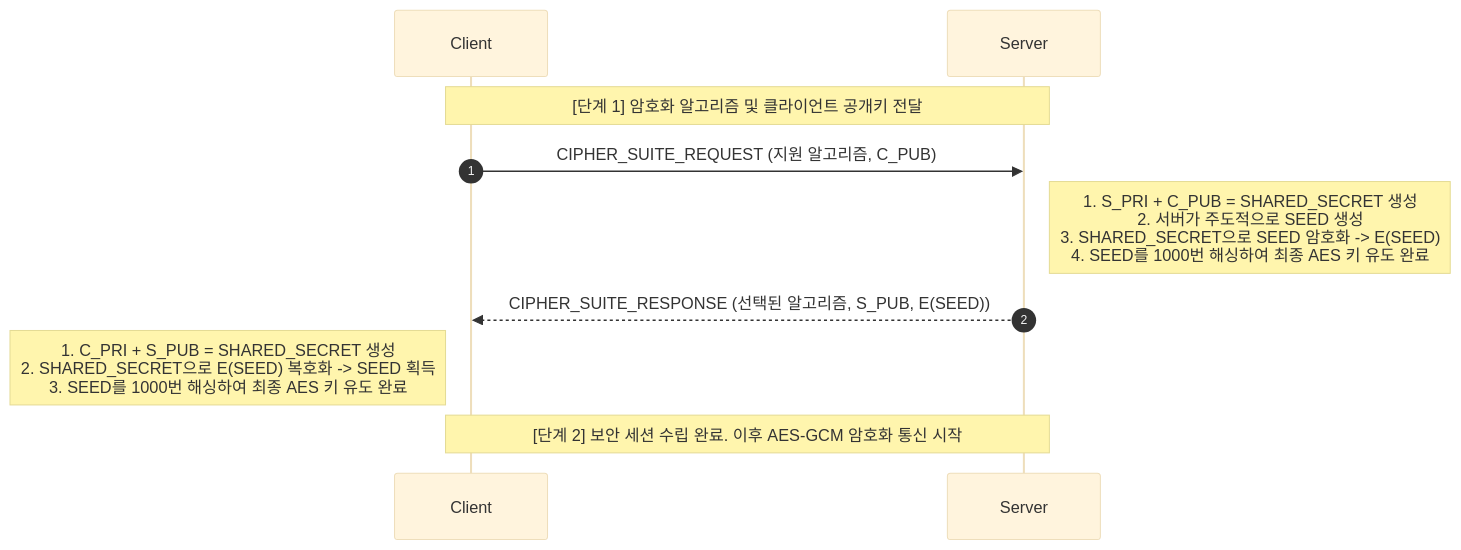
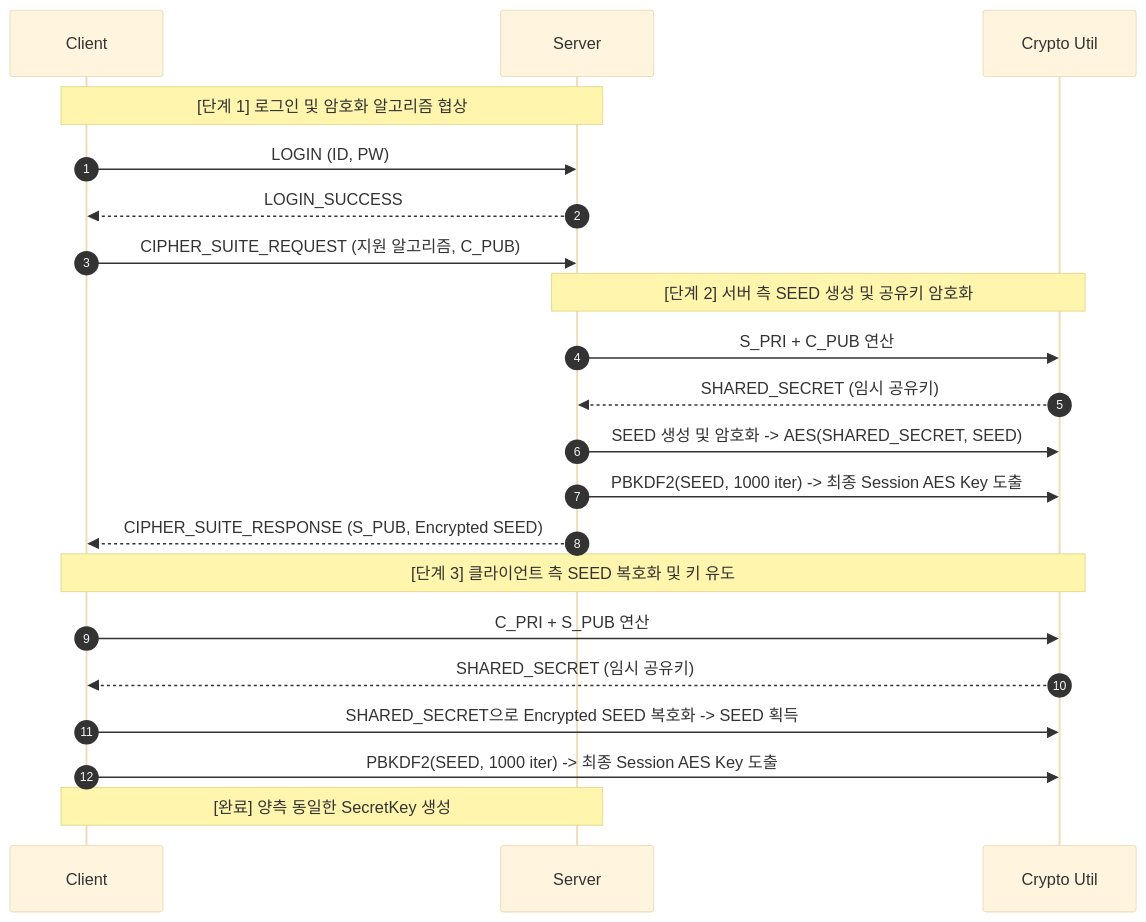
The fourth of 7 diagrams in README.md (SanghyeokLee-KR/polytalk), drawn with Mermaid (base theme) before and after one commit. The commit also changed other lines of this file, not shown here.

````diff
--- a/README.md
+++ b/README.md
@@ -157,17 +262,28 @@
 ```mermaid
 sequenceDiagram
     autonumber
     participant C as Client
     participant S as Server
+    participant K as Crypto Util
 
-    Note over C, S: [단계 1] 암호화 알고리즘 및 클라이언트 공개키 전달
+    Note over C, S: [단계 1] 로그인 및 암호화 알고리즘 협상
+    C->>S: LOGIN (ID, PW)
+    S-->>C: LOGIN_SUCCESS
     C->>S: CIPHER_SUITE_REQUEST (지원 알고리즘, C_PUB)
 
-    Note right of S: 1. S_PRI + C_PUB = SHARED_SECRET 생성<br/>2. 서버가 주도적으로 SEED 생성<br/>3. SHARED_SECRET으로 SEED 암호화 -> E(SEED)<br/>4. SEED를 1000번 해싱하여 최종 AES 키 유도 완료
+    Note over S, K: [단계 2] 서버 측 SEED 생성 및 공유키 암호화
+    S->>K: S_PRI + C_PUB 연산
+    K-->>S: SHARED_SECRET (임시 공유키)
+    S->>K: SEED 생성 및 암호화 -> AES(SHARED_SECRET, SEED)
+    S->>K: PBKDF2(SEED, 1000 iter) -> 최종 Session AES Key 도출
 
-    S-->>C: CIPHER_SUITE_RESPONSE (선택된 알고리즘, S_PUB, E(SEED))
+    S-->>C: CIPHER_SUITE_RESPONSE (S_PUB, Encrypted SEED)
 
-    Note left of C: 1. C_PRI + S_PUB = SHARED_SECRET 생성<br/>2. SHARED_SECRET으로 E(SEED) 복호화 -> SEED 획득<br/>3. SEED를 1000번 해싱하여 최종 AES 키 유도 완료
+    Note over C, K: [단계 3] 클라이언트 측 SEED 복호화 및 키 유도
+    C->>K: C_PRI + S_PUB 연산
+    K-->>C: SHARED_SECRET (임시 공유키)
+    C->>K: SHARED_SECRET으로 Encrypted SEED 복호화 -> SEED 획득
+    C->>K: PBKDF2(SEED, 1000 iter) -> 최종 Session AES Key 도출
 
-    Note over C, S: [단계 2] 보안 세션 수립 완료. 이후 AES-GCM 암호화 통신 시작
+    Note over C, S: [완료] 양측 동일한 SecretKey 생성
 ```
````
